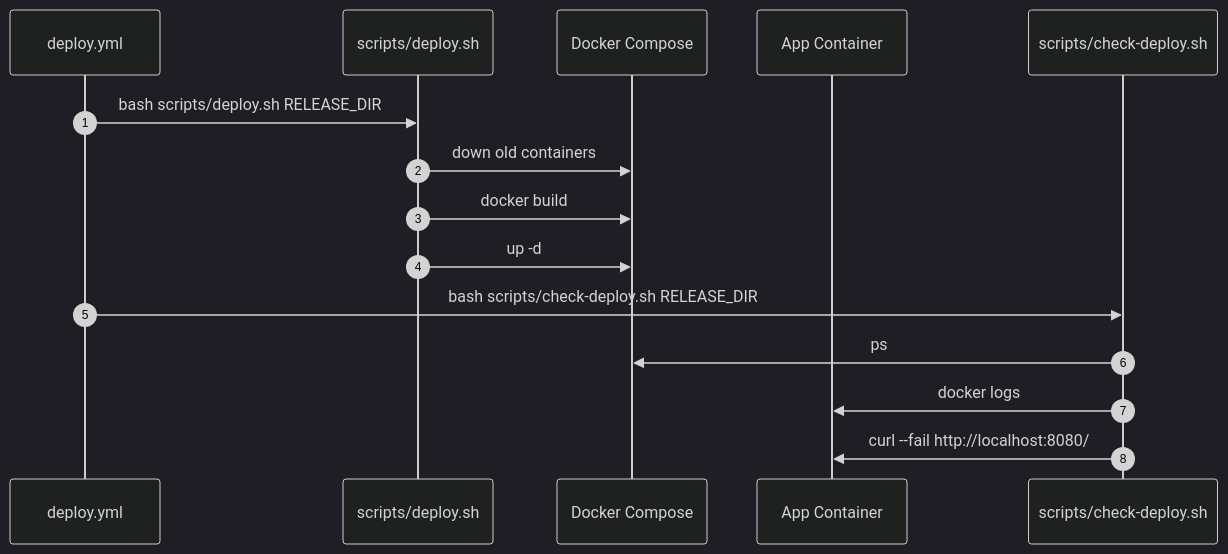
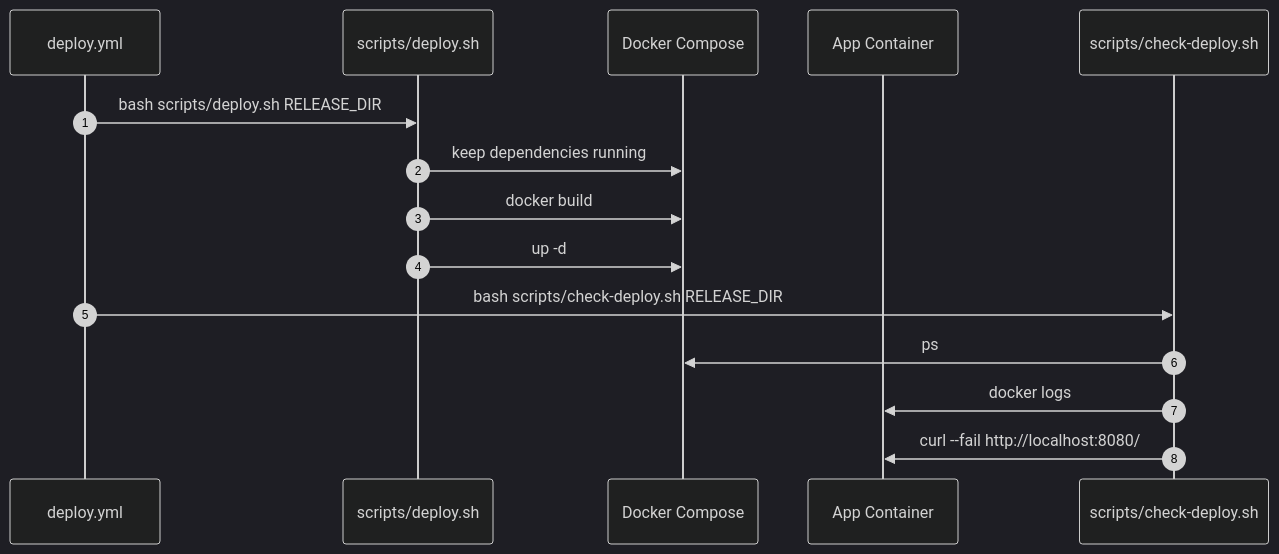
The second of 3 diagrams in docs/theory.md (stdiodh/spring-boot-cicd-deployment-lab), drawn with Mermaid (dark theme) before and after one commit. The commit also changed other lines of this file and 13 other files, not shown here.

````diff
--- a/docs/theory.md
+++ b/docs/theory.md
@@ -61,18 +61,18 @@
 ```mermaid
 sequenceDiagram
     autonumber
     participant Workflow as deploy.yml
     participant DeployScript as scripts/deploy.sh
     participant Compose as Docker Compose
     participant App as App Container
     participant VerifyScript as scripts/check-deploy.sh
 
     Workflow->>DeployScript: bash scripts/deploy.sh RELEASE_DIR
-    DeployScript->>Compose: down old containers
+    DeployScript->>Compose: keep dependencies running
     DeployScript->>Compose: docker build
     DeployScript->>Compose: up -d
     Workflow->>VerifyScript: bash scripts/check-deploy.sh RELEASE_DIR
     VerifyScript->>Compose: ps
     VerifyScript->>App: docker logs
     VerifyScript->>App: curl --fail http://localhost:8080/
 ```
````
